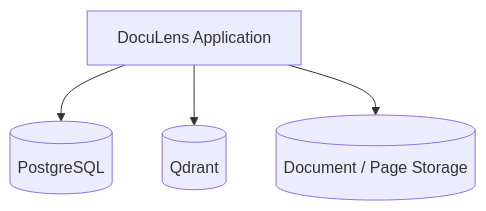
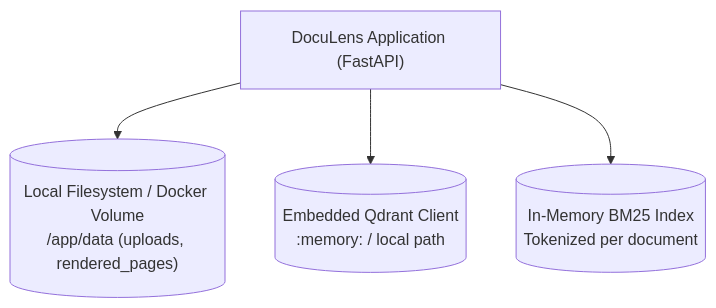
Diagram 14 of 26 in docs/architecture.md (Tech-Siddhant/doculens-ai), drawn with Mermaid before and after one commit. The commit also changed other lines of this file and 3 other files, not shown here.

Commit message:
docs: finalize architecture consistency and deployment config

````diff
--- a/docs/architecture.md
+++ b/docs/architecture.md
@@ -849,13 +863,13 @@
 ```mermaid
 flowchart TB
 
-    APP["DocuLens Application"]
+    APP["DocuLens Application (FastAPI)"]
 
-    POSTGRES[("PostgreSQL")]
-    QDRANT[("Qdrant")]
-    OBJECT[("Document / Page Storage")]
+    FILESTORE[("Local Filesystem / Docker Volume\n/app/data (uploads, rendered_pages)")]
+    QDRANT[("Embedded Qdrant Client\n:memory: / local path")]
+    BM25[("In-Memory BM25 Index\nTokenized per document")]
 
-    APP --> POSTGRES
+    APP --> FILESTORE
     APP --> QDRANT
-    APP --> OBJECT
+    APP --> BM25
 ```
````
